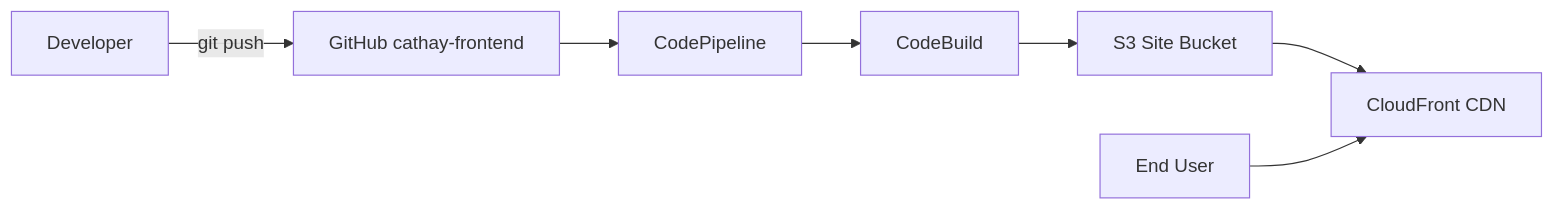
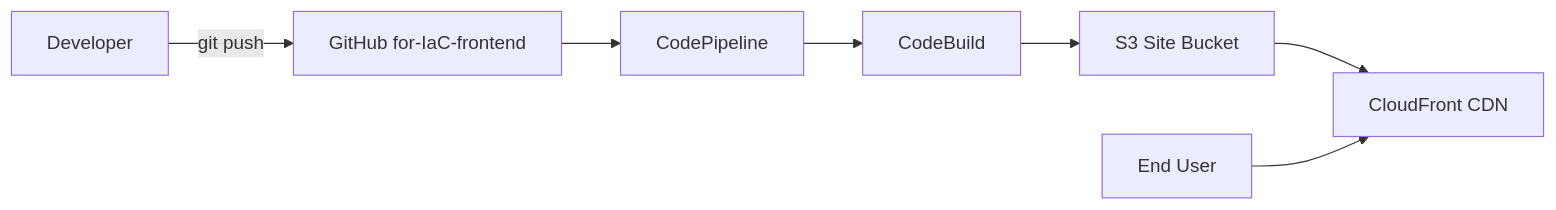
Before and after one commit to fanfan0412/cathay-frontend: the diagram in README.md, drawn with Mermaid. The commit also changed other lines of this file, not shown here.

````diff
--- a/README.md
+++ b/README.md
@@ -91,9 +91,9 @@
 ```mermaid
 graph LR
-  Dev[Developer] -->|git push| GH[GitHub cathay-frontend]
+  Dev[Developer] -->|git push| GH[GitHub for-IaC-frontend]
   GH --> CP[CodePipeline]
   CP --> CB[CodeBuild]
   CB --> S3[S3 Site Bucket]
   S3 --> CF[CloudFront CDN]
   User[End User] --> CF
 ```
````
